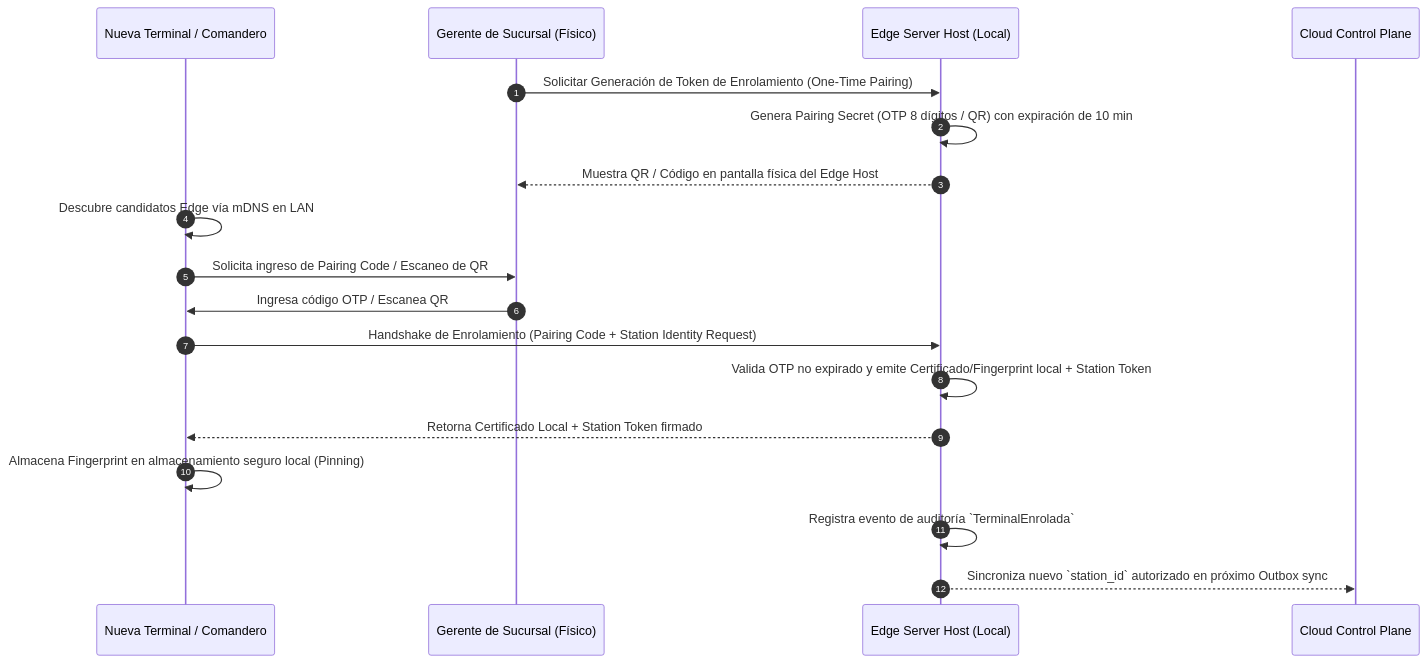
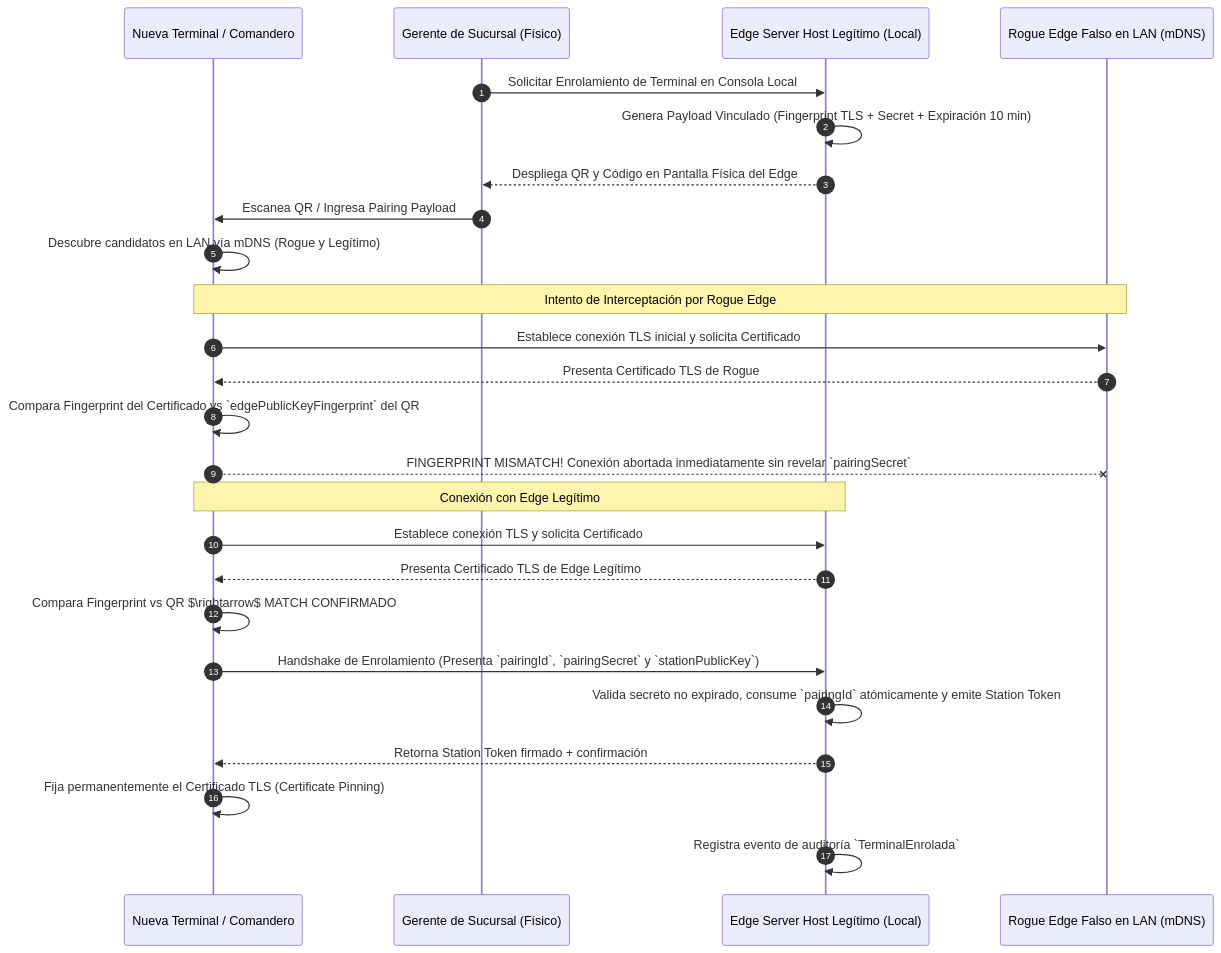
The second of 2 diagrams in SECURITY_ARCHITECTURE.md (Lucas030509/TRIDENTPOS), drawn with Mermaid before and after one commit. The commit also changed other lines of this file and 7 other files, not shown here.

Commit message:
fix(security-architecture): close R2 trust and governance gaps

````diff
--- a/SECURITY_ARCHITECTURE.md
+++ b/SECURITY_ARCHITECTURE.md
@@ -101,23 +116,32 @@
 ```mermaid
 sequenceDiagram
     autonumber
     participant Station as Nueva Terminal / Comandero
     participant Admin as Gerente de Sucursal (Físico)
-    participant Edge as Edge Server Host (Local)
-    participant Cloud as Cloud Control Plane
+    participant Edge as Edge Server Host Legítimo (Local)
+    participant Rogue as Rogue Edge Falso en LAN (mDNS)
 
-    Admin->>Edge: Solicitar Generación de Token de Enrolamiento (One-Time Pairing)
-    Edge->>Edge: Genera Pairing Secret (OTP 8 dígitos / QR) con expiración de 10 min
-    Edge-->>Admin: Muestra QR / Código en pantalla física del Edge Host
+    Admin->>Edge: Solicitar Enrolamiento de Terminal en Consola Local
+    Edge->>Edge: Genera Payload Vinculado (Fingerprint TLS + Secret + Expiración 10 min)
+    Edge-->>Admin: Despliega QR y Código en Pantalla Física del Edge
     
-    Station->>Station: Descubre candidatos Edge vía mDNS en LAN
-    Station->>Admin: Solicita ingreso de Pairing Code / Escaneo de QR
-    Admin->>Station: Ingresa código OTP / Escanea QR
+    Admin->>Station: Escanea QR / Ingresa Pairing Payload
+    Station->>Station: Descubre candidatos en LAN vía mDNS (Rogue y Legítimo)
     
-    Station->>Edge: Handshake de Enrolamiento (Pairing Code + Station Identity Request)
-    Edge->>Edge: Valida OTP no expirado y emite Certificado/Fingerprint local + Station Token
-    Edge-->>Station: Retorna Certificado Local + Station Token firmado
-    Station->>Station: Almacena Fingerprint en almacenamiento seguro local (Pinning)
+    Note over Station,Rogue: Intento de Interceptación por Rogue Edge
+    Station->>Rogue: Establece conexión TLS inicial y solicita Certificado
+    Rogue-->>Station: Presenta Certificado TLS de Rogue
+    Station->>Station: Compara Fingerprint del Certificado vs `edgePublicKeyFingerprint` del QR
+    Station--xRogue: FINGERPRINT MISMATCH! Conexión abortada inmediatamente sin revelar `pairingSecret`
+    
+    Note over Station,Edge: Conexión con Edge Legítimo
+    Station->>Edge: Establece conexión TLS y solicita Certificado
+    Edge-->>Station: Presenta Certificado TLS de Edge Legítimo
+    Station->>Station: Compara Fingerprint vs QR $\rightarrow$ MATCH CONFIRMADO
+    
+    Station->>Edge: Handshake de Enrolamiento (Presenta `pairingId`, `pairingSecret` y `stationPublicKey`)
+    Edge->>Edge: Valida secreto no expirado, consume `pairingId` atómicamente y emite Station Token
+    Edge-->>Station: Retorna Station Token firmado + confirmación
+    Station->>Station: Fija permanentemente el Certificado TLS (Certificate Pinning)
     Edge->>Edge: Registra evento de auditoría `TerminalEnrolada`
-    Edge-->>Cloud: Sincroniza nuevo `station_id` autorizado en próximo Outbox sync
 ```
````
